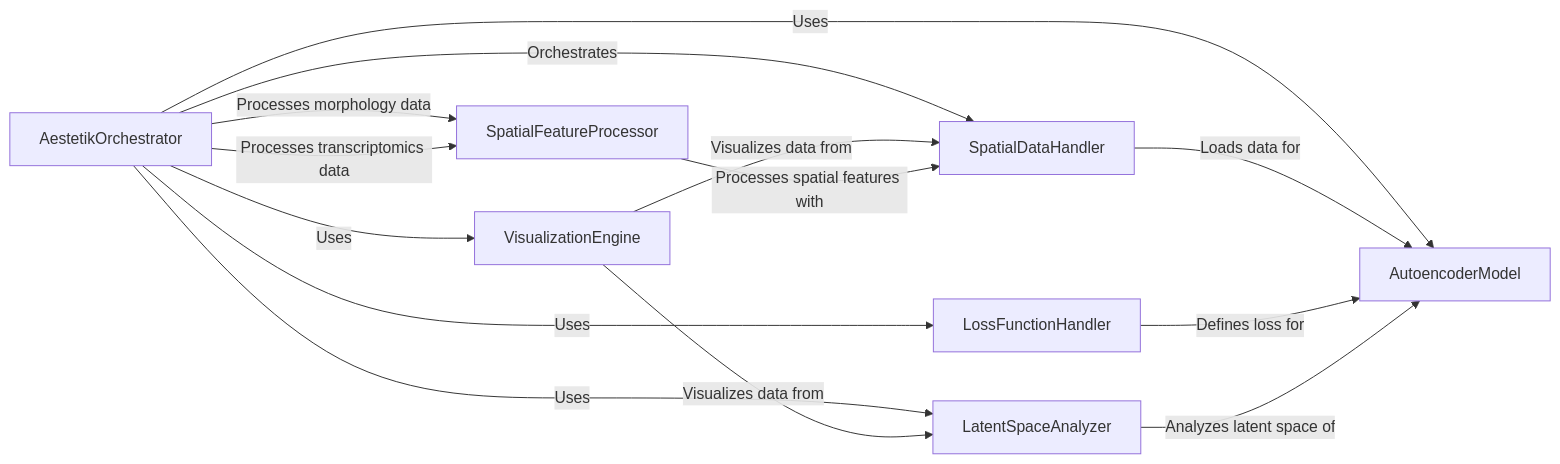
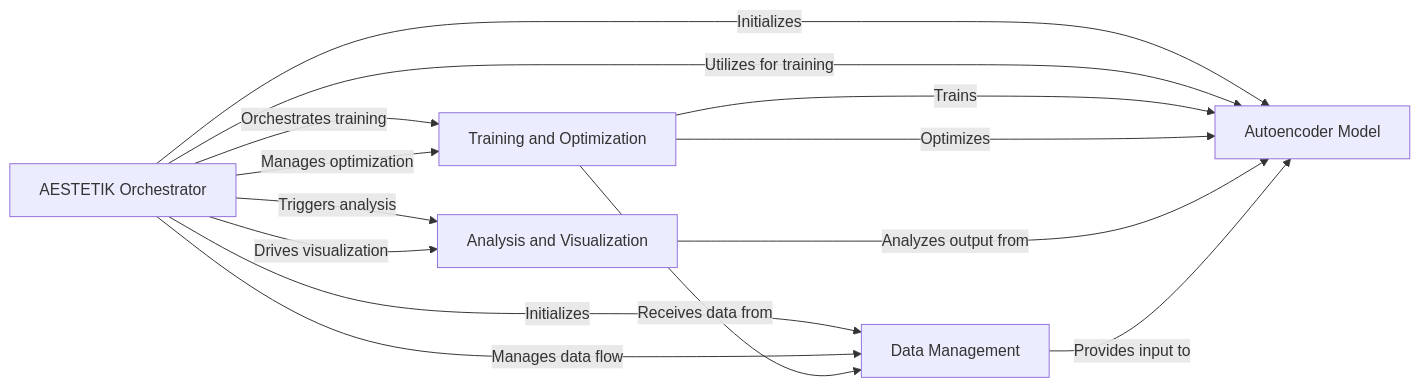
One commit to CodeBoarding/GeneratedOnBoardings changed the diagram in aestetik/on_boarding.md. Above: the diagram before and after it, drawn with Mermaid. The commit also changed other lines of this file and 12 other files, not shown here.

````diff
--- a/aestetik/on_boarding.md
+++ b/aestetik/on_boarding.md
@@ -1,30 +1,26 @@
 ```mermaid
 graph LR
-    AestetikOrchestrator["AestetikOrchestrator"]
-    SpatialDataHandler["SpatialDataHandler"]
-    AutoencoderModel["AutoencoderModel"]
-    LossFunctionHandler["LossFunctionHandler"]
-    LatentSpaceAnalyzer["LatentSpaceAnalyzer"]
-    VisualizationEngine["VisualizationEngine"]
-    SpatialFeatureProcessor["SpatialFeatureProcessor"]
-    AestetikOrchestrator -- "Orchestrates" --> SpatialDataHandler
-    AestetikOrchestrator -- "Uses" --> AutoencoderModel
-    AestetikOrchestrator -- "Uses" --> LossFunctionHandler
-    AestetikOrchestrator -- "Uses" --> LatentSpaceAnalyzer
-    AestetikOrchestrator -- "Uses" --> VisualizationEngine
-    SpatialDataHandler -- "Loads data for" --> AutoencoderModel
-    LossFunctionHandler -- "Defines loss for" --> AutoencoderModel
-    AestetikOrchestrator -- "Processes morphology data" --> SpatialFeatureProcessor
-    AestetikOrchestrator -- "Processes transcriptomics data" --> SpatialFeatureProcessor
-    LatentSpaceAnalyzer -- "Analyzes latent space of" --> AutoencoderModel
-    VisualizationEngine -- "Visualizes data from" --> SpatialDataHandler
-    VisualizationEngine -- "Visualizes data from" --> LatentSpaceAnalyzer
-    SpatialFeatureProcessor -- "Processes spatial features with" --> SpatialDataHandler
-    click AestetikOrchestrator href "https://github.com/CodeBoarding/GeneratedOnBoardings/blob/main/aestetik/AestetikOrchestrator.md" "Details"
-    click SpatialDataHandler href "https://github.com/CodeBoarding/GeneratedOnBoardings/blob/main/aestetik/SpatialDataHandler.md" "Details"
-    click AutoencoderModel href "https://github.com/CodeBoarding/GeneratedOnBoardings/blob/main/aestetik/AutoencoderModel.md" "Details"
-    click LossFunctionHandler href "https://github.com/CodeBoarding/GeneratedOnBoardings/blob/main/aestetik/LossFunctionHandler.md" "Details"
-    click LatentSpaceAnalyzer href "https://github.com/CodeBoarding/GeneratedOnBoardings/blob/main/aestetik/LatentSpaceAnalyzer.md" "Details"
-    click VisualizationEngine href "https://github.com/CodeBoarding/GeneratedOnBoardings/blob/main/aestetik/VisualizationEngine.md" "Details"
-    click SpatialFeatureProcessor href "https://github.com/CodeBoarding/GeneratedOnBoardings/blob/main/aestetik/SpatialFeatureProcessor.md" "Details"
+    AESTETIK_Orchestrator["AESTETIK Orchestrator"]
+    Data_Management["Data Management"]
+    Autoencoder_Model["Autoencoder Model"]
+    Training_and_Optimization["Training and Optimization"]
+    Analysis_and_Visualization["Analysis and Visualization"]
+    AESTETIK_Orchestrator -- "Initializes" --> Data_Management
+    AESTETIK_Orchestrator -- "Manages data flow" --> Data_Management
+    AESTETIK_Orchestrator -- "Initializes" --> Autoencoder_Model
+    AESTETIK_Orchestrator -- "Utilizes for training" --> Autoencoder_Model
+    AESTETIK_Orchestrator -- "Orchestrates training" --> Training_and_Optimization
+    AESTETIK_Orchestrator -- "Manages optimization" --> Training_and_Optimization
+    AESTETIK_Orchestrator -- "Triggers analysis" --> Analysis_and_Visualization
+    AESTETIK_Orchestrator -- "Drives visualization" --> Analysis_and_Visualization
+    Training_and_Optimization -- "Trains" --> Autoencoder_Model
+    Training_and_Optimization -- "Optimizes" --> Autoencoder_Model
+    Training_and_Optimization -- "Receives data from" --> Data_Management
+    Analysis_and_Visualization -- "Analyzes output from" --> Autoencoder_Model
+    Data_Management -- "Provides input to" --> Autoencoder_Model
+    click AESTETIK_Orchestrator href "https://github.com/CodeBoarding/GeneratedOnBoardings/blob/main/aestetik/AESTETIK Orchestrator.md" "Details"
+    click Data_Management href "https://github.com/CodeBoarding/GeneratedOnBoardings/blob/main/aestetik/Data Management.md" "Details"
+    click Autoencoder_Model href "https://github.com/CodeBoarding/GeneratedOnBoardings/blob/main/aestetik/Autoencoder Model.md" "Details"
+    click Training_and_Optimization href "https://github.com/CodeBoarding/GeneratedOnBoardings/blob/main/aestetik/Training and Optimization.md" "Details"
+    click Analysis_and_Visualization href "https://github.com/CodeBoarding/GeneratedOnBoardings/blob/main/aestetik/Analysis and Visualization.md" "Details"
 ```
````
